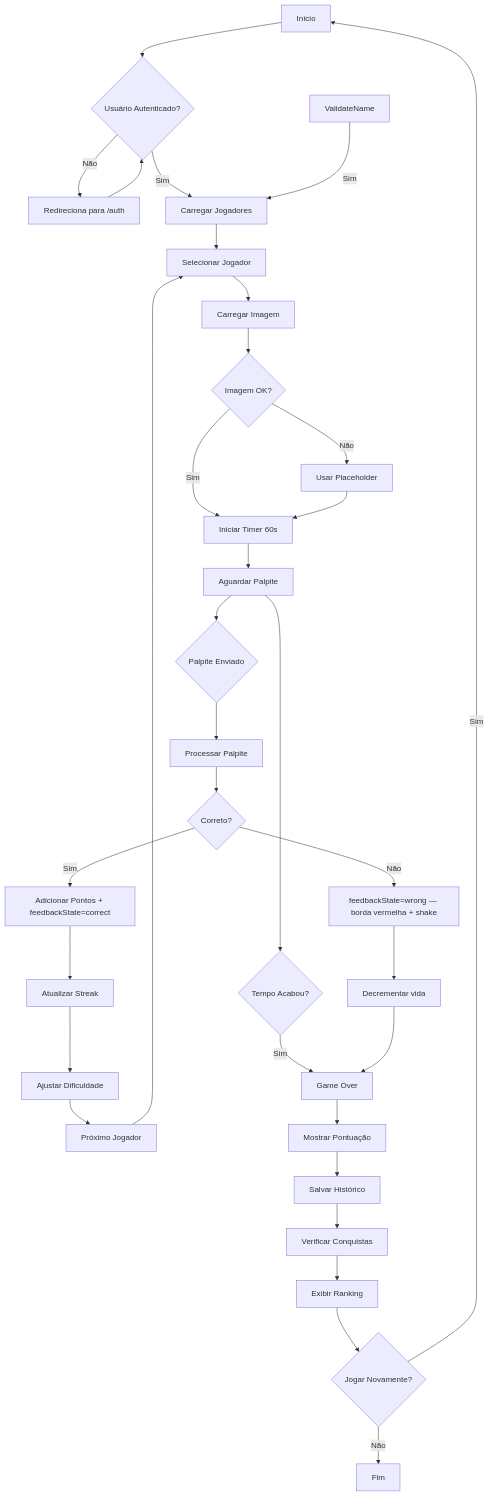
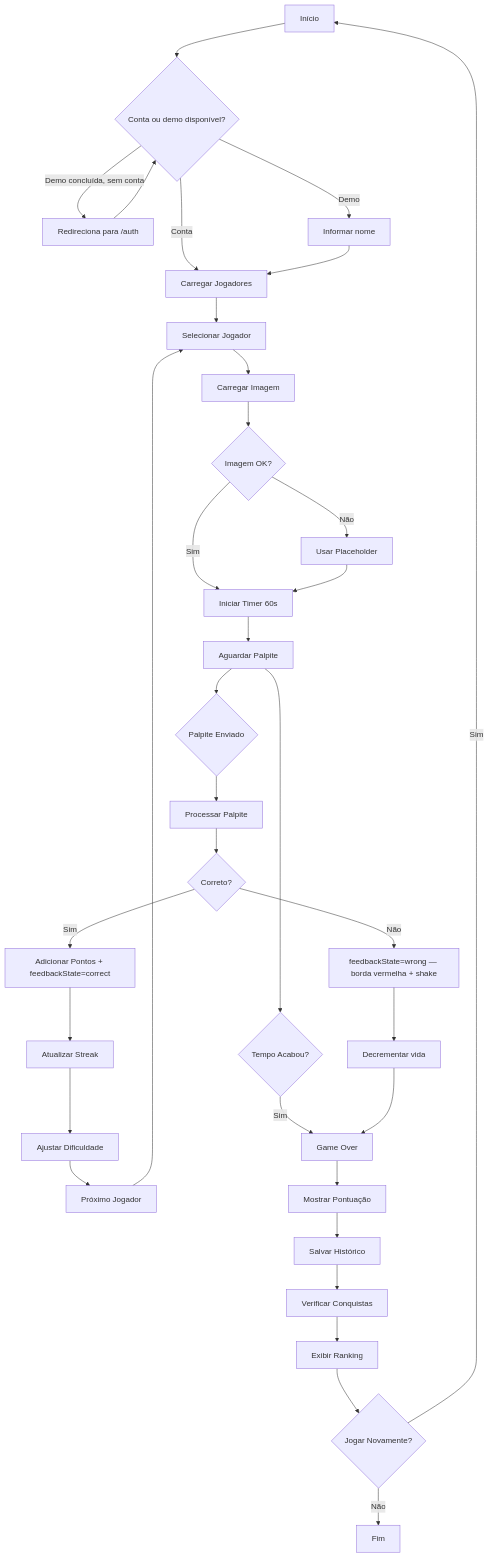
Before and after one commit to neigirao/flulegendarium: the second of 3 diagrams in docs/GAME_FLOW.md, drawn with Mermaid. The commit also changed other lines of this file, not shown here.

First line of the commit message:
Revise game flow and authentication notes

````diff
--- a/docs/GAME_FLOW.md
+++ b/docs/GAME_FLOW.md
@@ -38,49 +38,50 @@
 ```mermaid
 flowchart TD
-    Start[Início] --> Auth{Usuário Autenticado?}
+    Start[Início] --> Auth{Conta ou demo disponível?}
     
-    Auth -->|Não| RedirectLogin[Redireciona para /auth]
-    Auth -->|Sim| LoadPlayers[Carregar Jogadores]
+    Auth -->|Demo concluída, sem conta| RedirectLogin[Redireciona para /auth]
+    Auth -->|Conta| LoadPlayers[Carregar Jogadores]
     
     RedirectLogin --> Auth
-    ValidateName -->|Sim| LoadPlayers
+    Auth -->|Demo| ValidateName[Informar nome]
+    ValidateName --> LoadPlayers
     
     LoadPlayers --> SelectPlayer[Selecionar Jogador]
     
     SelectPlayer --> LoadImage[Carregar Imagem]
     LoadImage --> ImageLoaded{Imagem OK?}
     
     ImageLoaded -->|Não| Fallback[Usar Placeholder]
     ImageLoaded -->|Sim| StartTimer[Iniciar Timer 60s]
     Fallback --> StartTimer
     
     StartTimer --> WaitGuess[Aguardar Palpite]
     
     WaitGuess --> GuessSubmit{Palpite Enviado}
     WaitGuess --> TimeUp{Tempo Acabou?}
     
     TimeUp -->|Sim| GameOver[Game Over]
     
     GuessSubmit --> ProcessGuess[Processar Palpite]
     ProcessGuess --> CheckCorrect{Correto?}
     
     CheckCorrect -->|Não| WrongFeedback[feedbackState=wrong — borda vermelha + shake]
     WrongFeedback --> DecrementLife[Decrementar vida]
     DecrementLife --> GameOver
     CheckCorrect -->|Sim| AddPoints[Adicionar Pontos + feedbackState=correct]
     
     AddPoints --> UpdateStreak[Atualizar Streak]
     UpdateStreak --> AdjustDifficulty[Ajustar Dificuldade]
     
     AdjustDifficulty --> NextPlayer[Próximo Jogador]
     NextPlayer --> SelectPlayer
     
     GameOver --> ShowScore[Mostrar Pontuação]
     ShowScore --> SaveHistory[Salvar Histórico]
     SaveHistory --> CheckAchievements[Verificar Conquistas]
     CheckAchievements --> ShowRanking[Exibir Ranking]
     ShowRanking --> PlayAgain{Jogar Novamente?}
     
     PlayAgain -->|Sim| Start
     PlayAgain -->|Não| End[Fim]
 ```
````
